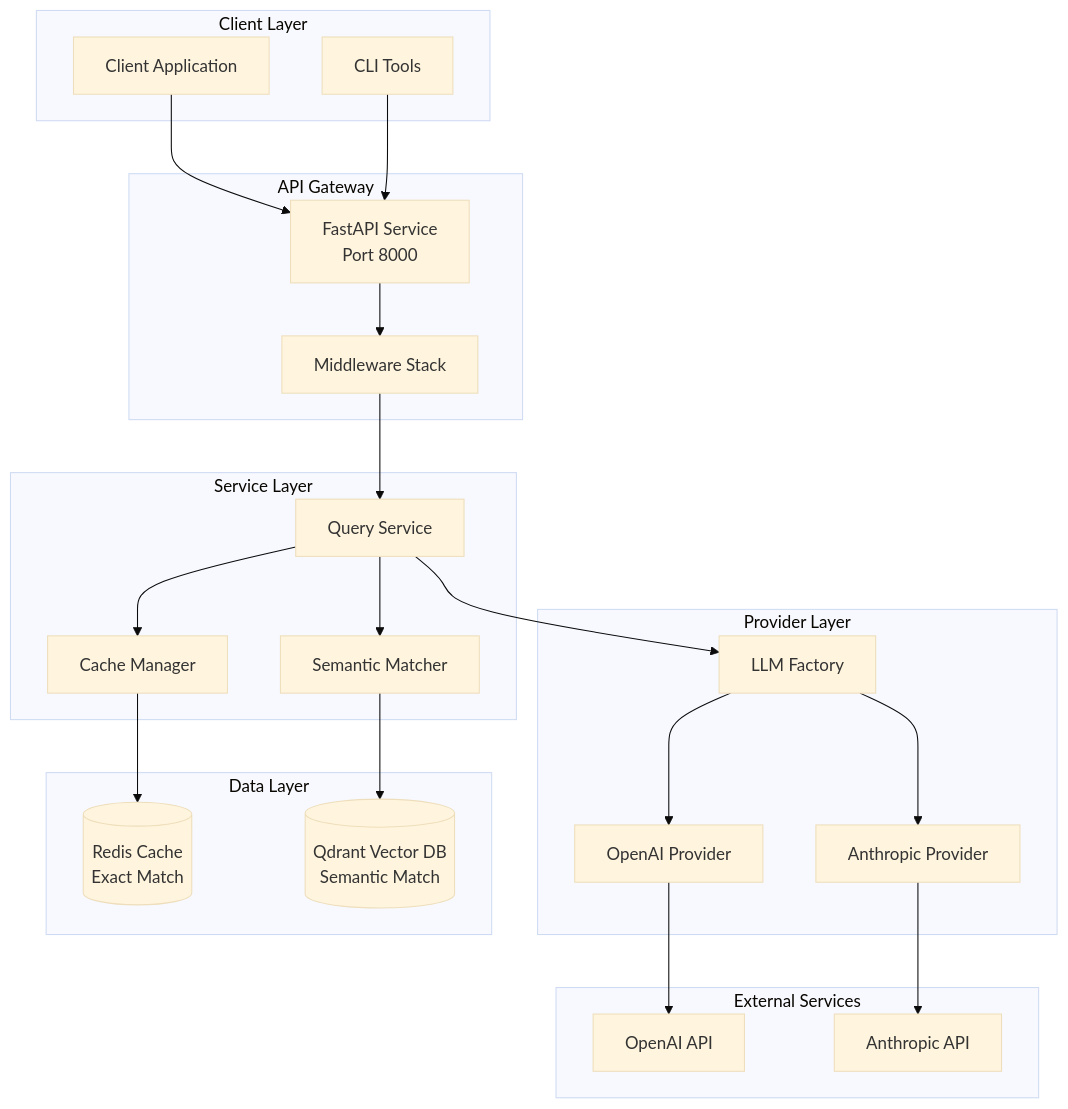
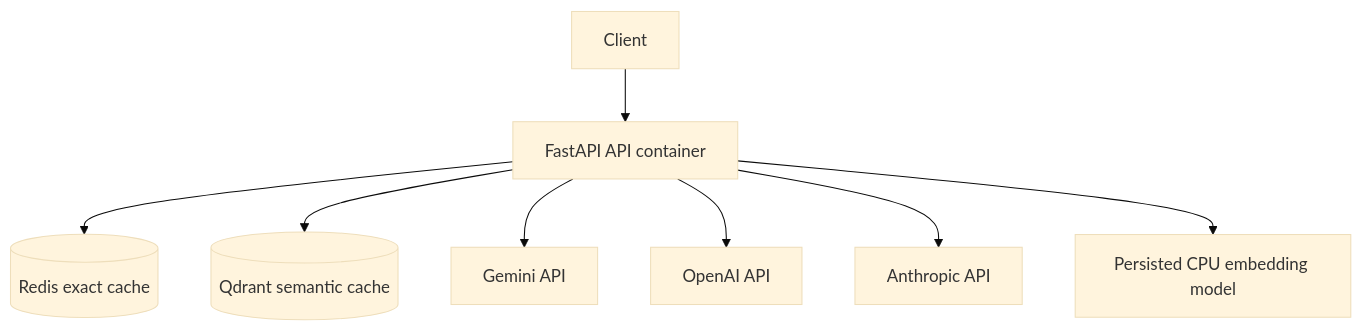
The first of 2 diagrams in docs/DIAGRAMS.md (jay15git/RAG-Cache), drawn with Mermaid (base theme) before and after one commit. The commit also changed other lines of this file and 57 other files, not shown here.

````diff
--- a/docs/DIAGRAMS.md
+++ b/docs/DIAGRAMS.md
@@ -7,48 +5,10 @@
 ```mermaid
-graph TB
-    subgraph "Client Layer"
-        Client[Client Application]
-        CLI[CLI Tools]
-    end
-
-    subgraph "API Gateway"
-        API[FastAPI Service<br/>Port 8000]
-        MW[Middleware Stack]
-    end
-
-    subgraph "Service Layer"
-        QS[Query Service]
-        CM[Cache Manager]
-        SM[Semantic Matcher]
-    end
-
-    subgraph "Provider Layer"
-        LLM[LLM Factory]
-        OAI[OpenAI Provider]
-        ANT[Anthropic Provider]
-    end
-
-    subgraph "Data Layer"
-        Redis[(Redis Cache<br/>Exact Match)]
-        Qdrant[(Qdrant Vector DB<br/>Semantic Match)]
-    end
-
-    subgraph "External Services"
-        OpenAI[OpenAI API]
-        Anthropic[Anthropic API]
-    end
-
-    Client --> API
-    CLI --> API
-    API --> MW
-    MW --> QS
-    QS --> CM
-    QS --> SM
-    QS --> LLM
-    CM --> Redis
-    SM --> Qdrant
-    LLM --> OAI
-    LLM --> ANT
-    OAI --> OpenAI
-    ANT --> Anthropic
+flowchart TB
+    Client --> API[FastAPI API container]
+    API --> Redis[(Redis exact cache)]
+    API --> Qdrant[(Qdrant semantic cache)]
+    API --> Gemini[Gemini API]
+    API --> OpenAI[OpenAI API]
+    API --> Anthropic[Anthropic API]
+    API --> HF[Persisted CPU embedding model]
 ```
````
